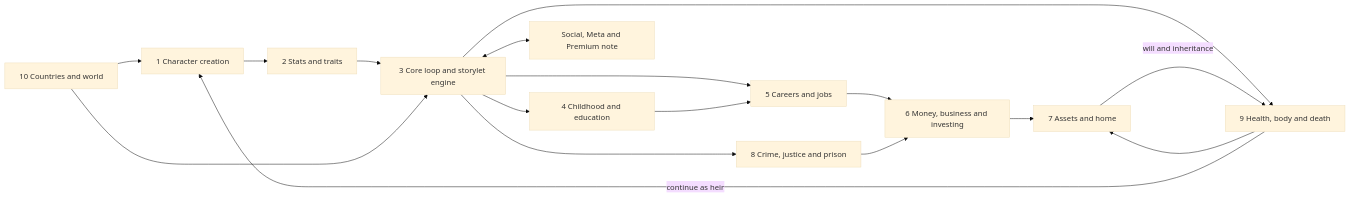
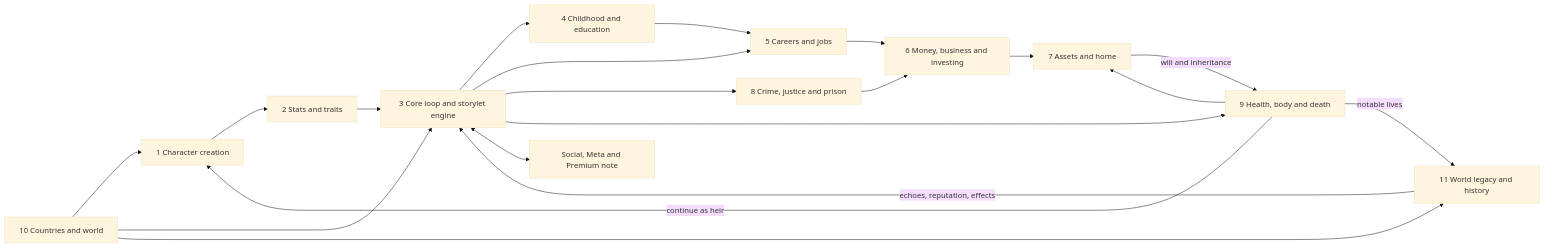
The first of 4 diagrams in docs/phase-1/04 App Breakdown - Core Life Systems.md (ZWITG/agent-weave-workbench), drawn with Mermaid (base theme) before and after one commit. The commit also changed other lines of this file and 5 other files, not shown here.

Commit message:
Add World Legacy and History (Echoes) feature to breakdown, parity table and feature matrix

````diff
--- a/docs/phase-1/04 App Breakdown - Core Life Systems.md
+++ b/docs/phase-1/04 App Breakdown - Core Life Systems.md
@@ -56,19 +56,22 @@
 ```mermaid
 flowchart LR
     CC[1 Character creation] --> ST[2 Stats and traits]
     ST --> CL[3 Core loop and storylet engine]
     W[10 Countries and world] --> CC
     W --> CL
     CL --> ED[4 Childhood and education]
     CL --> CA[5 Careers and jobs]
     CL --> CR[8 Crime, justice and prison]
     CL --> HE[9 Health, body and death]
     ED --> CA
     CA --> MO[6 Money, business and investing]
     MO --> AS[7 Assets and home]
     CR --> MO
     HE --> AS
     AS -->|will and inheritance| HE
     HE -->|continue as heir| CC
     CL <--> SOC["Social, Meta and Premium note"]
+    HE -->|notable lives| WL[11 World legacy and history]
+    WL -->|echoes, reputation, effects| CL
+    W --> WL
 ```
````
